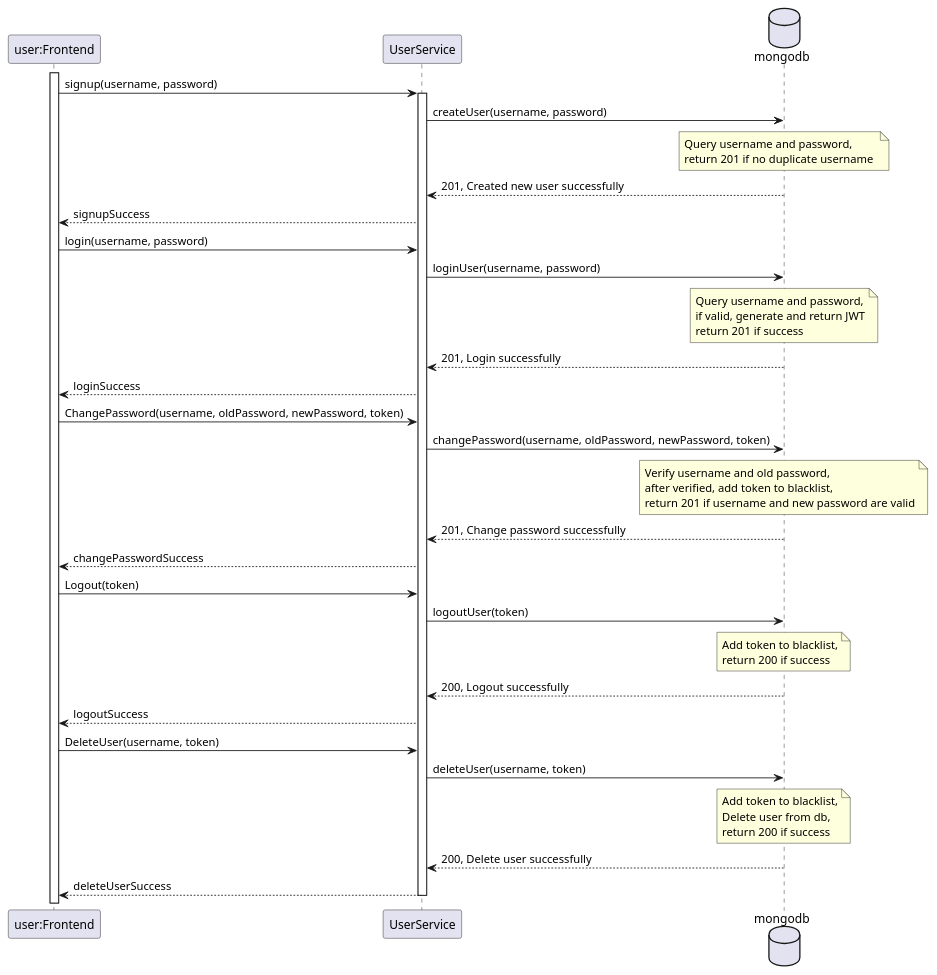
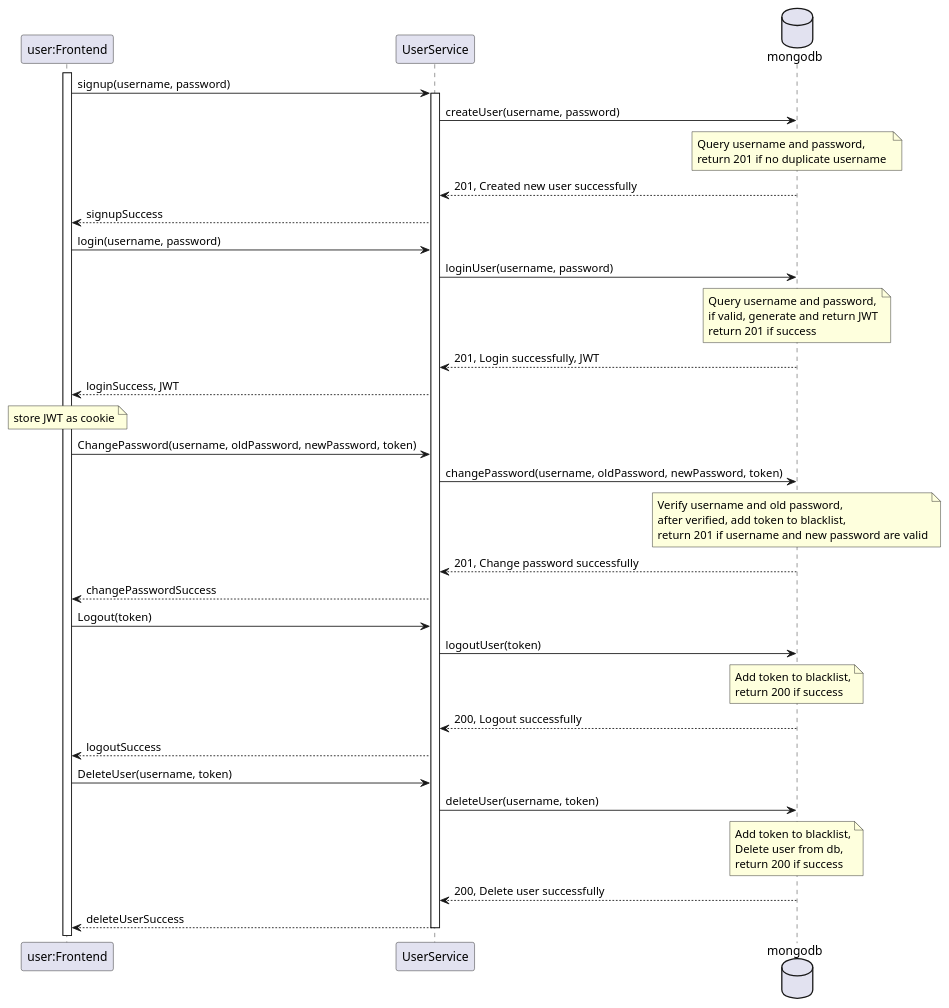
The diagram in diagrams/sequence-diagrams/user-success.puml (CS3219-AY2223S1/cs3219-project-ay2223s1-g7), drawn with PlantUML before and after one commit.

Commit message:
edit user-service sequence diagram

```diff
--- a/diagrams/sequence-diagrams/user-success.puml
+++ b/diagrams/sequence-diagrams/user-success.puml
@@ -1,59 +1,62 @@
 @startuml
 participant "user:Frontend" as user1
 participant UserService
 database mongodb
 
 activate user1
 user1 -> UserService: signup(username, password)
 activate UserService
 
 UserService -> mongodb: createUser(username, password)
 note over mongodb
     Query username and password, 
     return 201 if no duplicate username 
 end note
 mongodb --> UserService: 201, Created new user successfully
 UserService --> user1: signupSuccess
 
 
 user1 -> UserService: login(username, password)
 UserService -> mongodb: loginUser(username, password)
 note over mongodb
     Query username and password,
     if valid, generate and return JWT
     return 201 if success
 end note
-mongodb --> UserService: 201, Login successfully
-UserService --> user1: loginSuccess
+mongodb --> UserService: 201, Login successfully, JWT
+UserService --> user1: loginSuccess, JWT
+note over user1
+    store JWT as cookie
+end note
 
 user1 -> UserService: ChangePassword(username, oldPassword, newPassword, token)
 UserService -> mongodb: changePassword(username, oldPassword, newPassword, token)
 note over mongodb
     Verify username and old password, 
     after verified, add token to blacklist,
     return 201 if username and new password are valid
 end note
 mongodb --> UserService: 201, Change password successfully
 UserService --> user1: changePasswordSuccess
 
 user1 -> UserService: Logout(token)
 UserService -> mongodb: logoutUser(token)
 note over mongodb
     Add token to blacklist,
     return 200 if success
 end note
 mongodb --> UserService: 200, Logout successfully
 UserService --> user1: logoutSuccess
 
 user1 -> UserService: DeleteUser(username, token)
 UserService -> mongodb: deleteUser(username, token)
 note over mongodb
     Add token to blacklist,
     Delete user from db,
     return 200 if success
 end note
 mongodb --> UserService: 200, Delete user successfully
 UserService --> user1: deleteUserSuccess
 
 deactivate UserService
 @enduml
```
